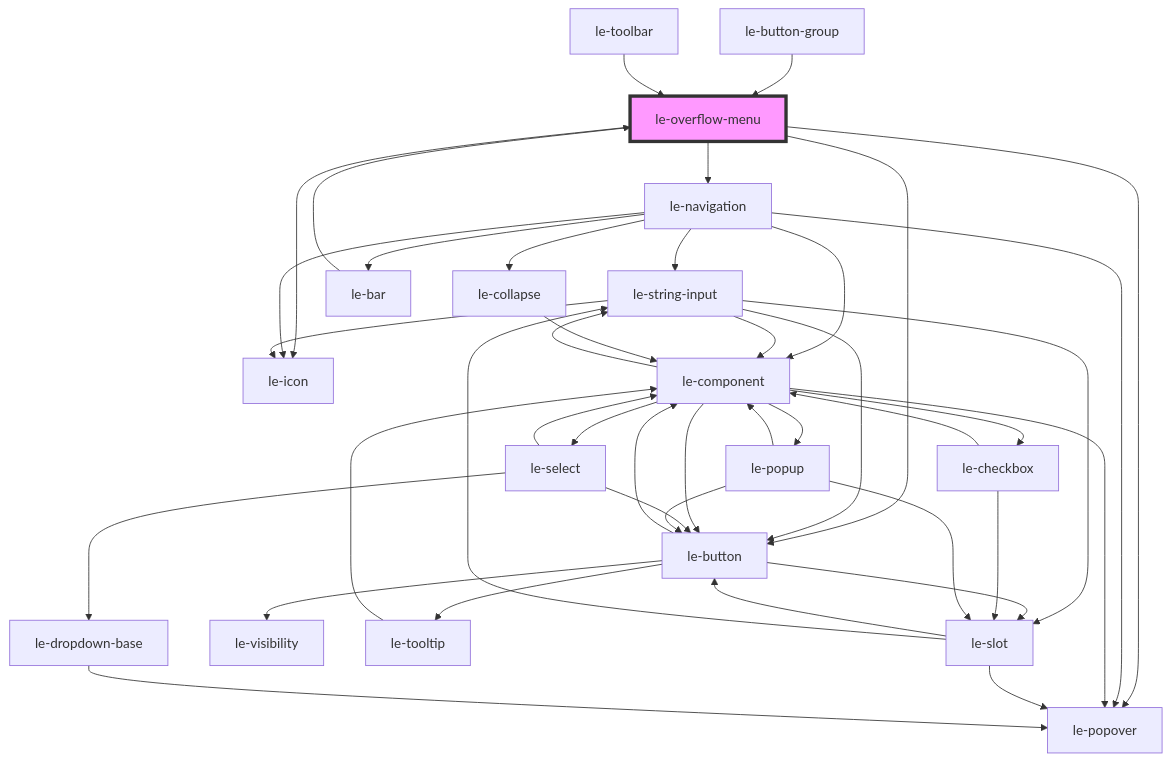
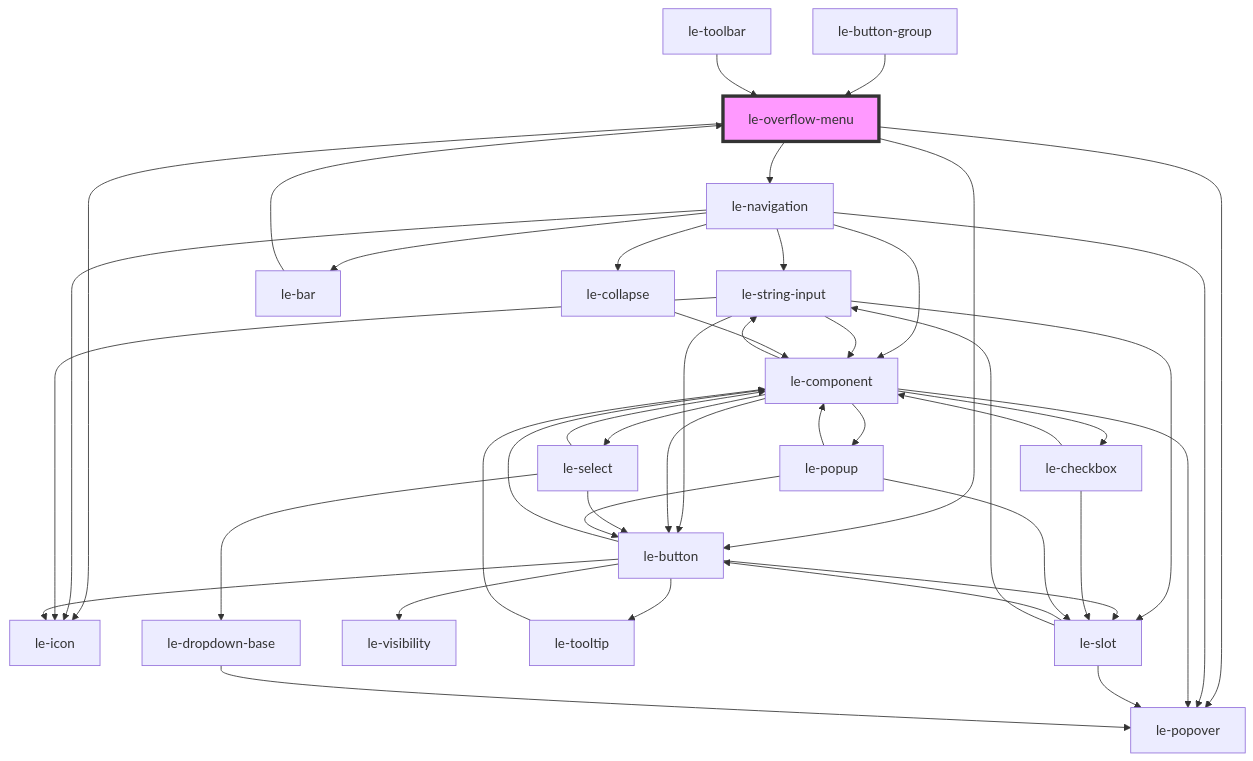
The diagram in packages/core/src/components/le-overflow-menu/readme.md (leechy/le-kit), drawn with Mermaid before and after one commit. The commit also changed 35 other files, not shown here.

Commit message:
Update <le-button> to use longer than 2 chars strings in the `icon-only` attribute as icon names.

````diff
--- a/packages/core/src/components/le-overflow-menu/readme.md
+++ b/packages/core/src/components/le-overflow-menu/readme.md
@@ -88,45 +88,46 @@
 ```mermaid
 graph TD;
   le-overflow-menu --> le-navigation
   le-overflow-menu --> le-popover
   le-overflow-menu --> le-button
   le-overflow-menu --> le-icon
   le-navigation --> le-string-input
   le-navigation --> le-icon
   le-navigation --> le-collapse
   le-navigation --> le-popover
   le-navigation --> le-bar
   le-navigation --> le-component
   le-string-input --> le-component
   le-string-input --> le-button
   le-string-input --> le-icon
   le-string-input --> le-slot
   le-component --> le-button
   le-component --> le-select
   le-component --> le-checkbox
   le-component --> le-string-input
   le-component --> le-popover
   le-component --> le-popup
+  le-button --> le-icon
   le-button --> le-slot
   le-button --> le-visibility
   le-button --> le-component
   le-button --> le-tooltip
   le-slot --> le-popover
   le-slot --> le-button
   le-slot --> le-string-input
   le-tooltip --> le-component
   le-select --> le-component
   le-select --> le-dropdown-base
   le-select --> le-button
   le-dropdown-base --> le-popover
   le-checkbox --> le-component
   le-checkbox --> le-slot
   le-popup --> le-slot
   le-popup --> le-button
   le-popup --> le-component
   le-collapse --> le-component
   le-bar --> le-overflow-menu
   le-button-group --> le-overflow-menu
   le-toolbar --> le-overflow-menu
   style le-overflow-menu fill:#f9f,stroke:#333,stroke-width:4px
 ```
````
